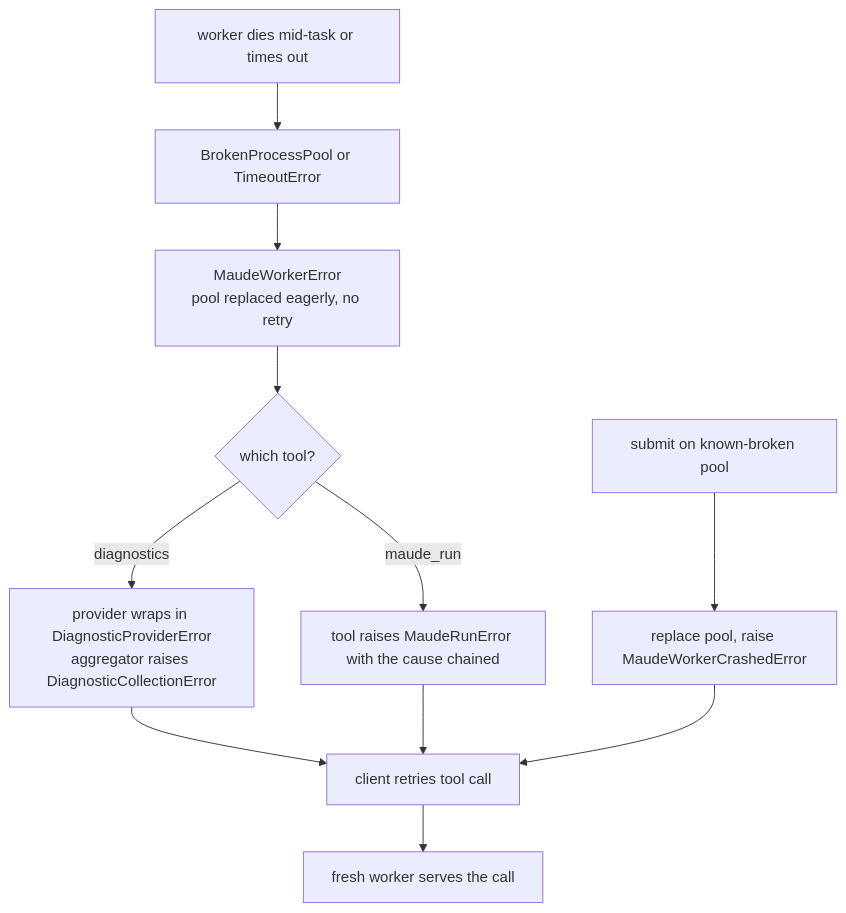
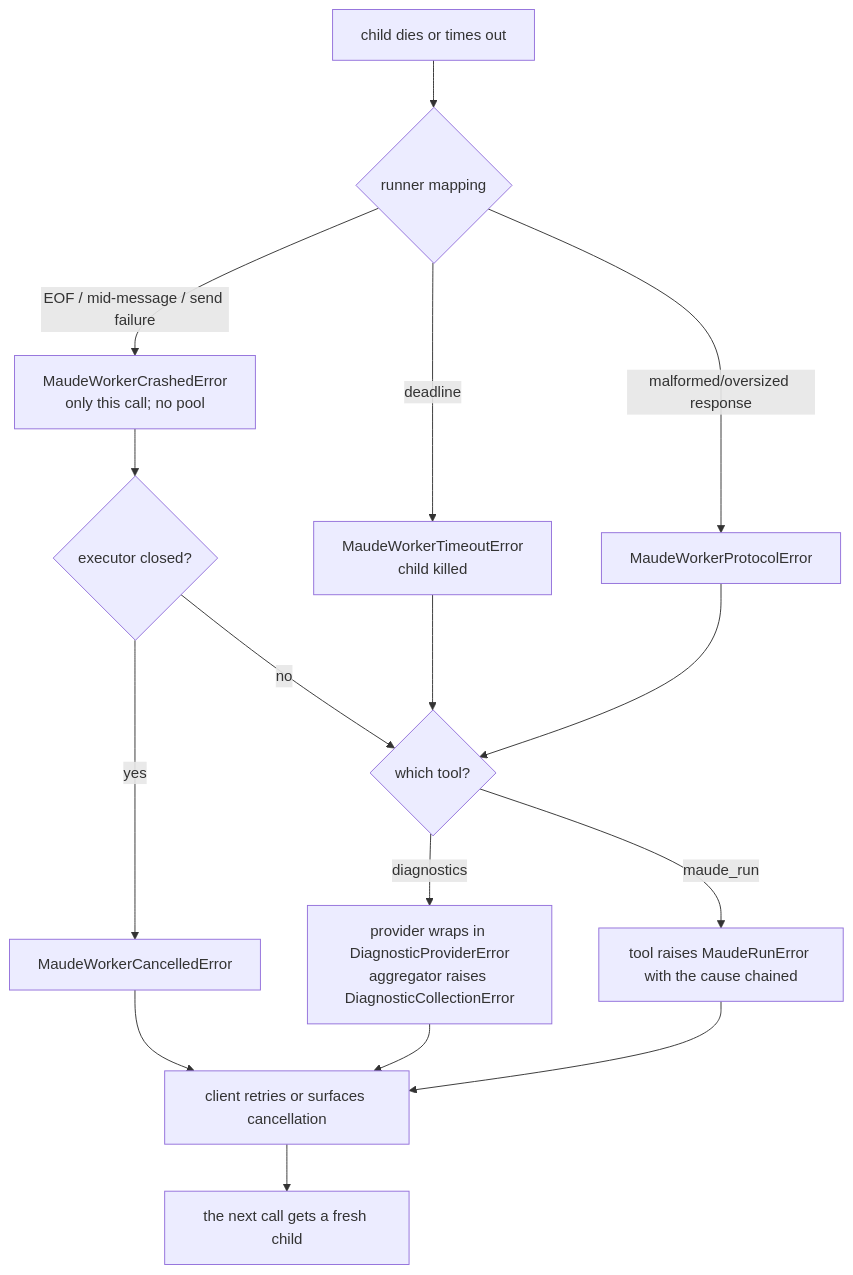
One commit to demiourgoi/Harold changed the third of 3 diagrams in harold-mcp/.agents/summary/workflows.md. Above: the diagram before and after it, drawn with Mermaid. The commit also changed other lines of this file and 17 other files, not shown here.

````diff
--- a/harold-mcp/.agents/summary/workflows.md
+++ b/harold-mcp/.agents/summary/workflows.md
@@ -167,13 +169,18 @@
 ```mermaid
 flowchart TD
-    A[worker dies mid-task or times out] --> B[BrokenProcessPool or TimeoutError]
-    B --> C[MaudeWorkerError<br>pool replaced eagerly, no retry]
-    C --> D{which tool?}
-    D -->|diagnostics| E[provider wraps in DiagnosticProviderError<br>aggregator raises DiagnosticCollectionError]
-    D -->|maude_run| F[tool raises MaudeRunError with the cause chained]
-    E --> G[client retries tool call]
-    F --> G
-    G --> H[fresh worker serves the call]
-    I[submit on known-broken pool] --> J[replace pool, raise MaudeWorkerCrashedError]
-    J --> G
+    A[child dies or times out] --> B{runner mapping}
+    B -->|EOF / mid-message / send failure| C[MaudeWorkerCrashedError<br>only this call; no pool]
+    B -->|deadline| D[MaudeWorkerTimeoutError<br>child killed]
+    B -->|malformed/oversized response| E[MaudeWorkerProtocolError]
+    C --> F{executor closed?}
+    F -->|yes| G[MaudeWorkerCancelledError]
+    F -->|no| H{which tool?}
+    D --> H
+    E --> H
+    G --> I[client retries or surfaces cancellation]
+    H -->|diagnostics| J[provider wraps in DiagnosticProviderError<br>aggregator raises DiagnosticCollectionError]
+    H -->|maude_run| K[tool raises MaudeRunError with the cause chained]
+    J --> I
+    K --> I
+    I --> L[the next call gets a fresh child]
 ```
````
